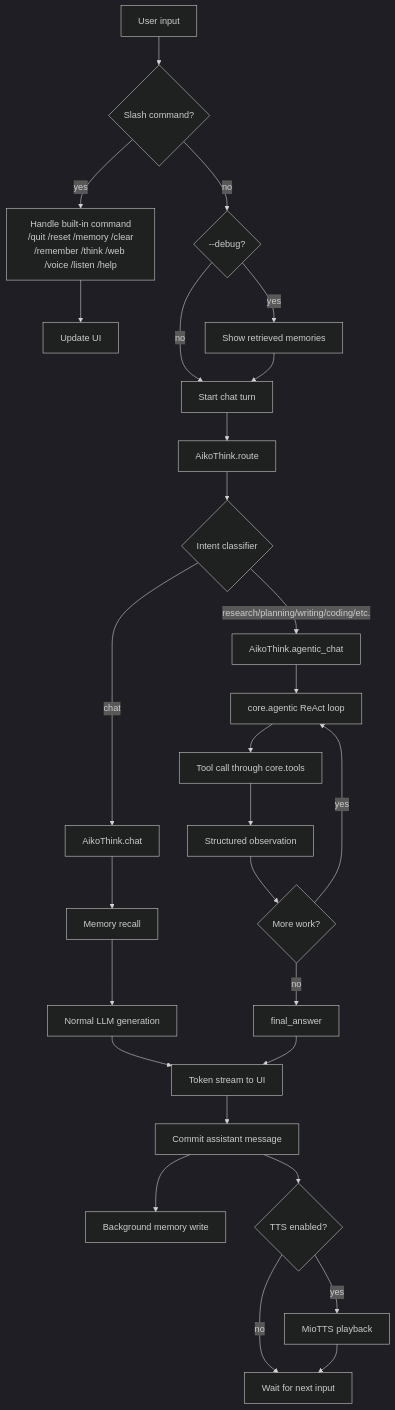
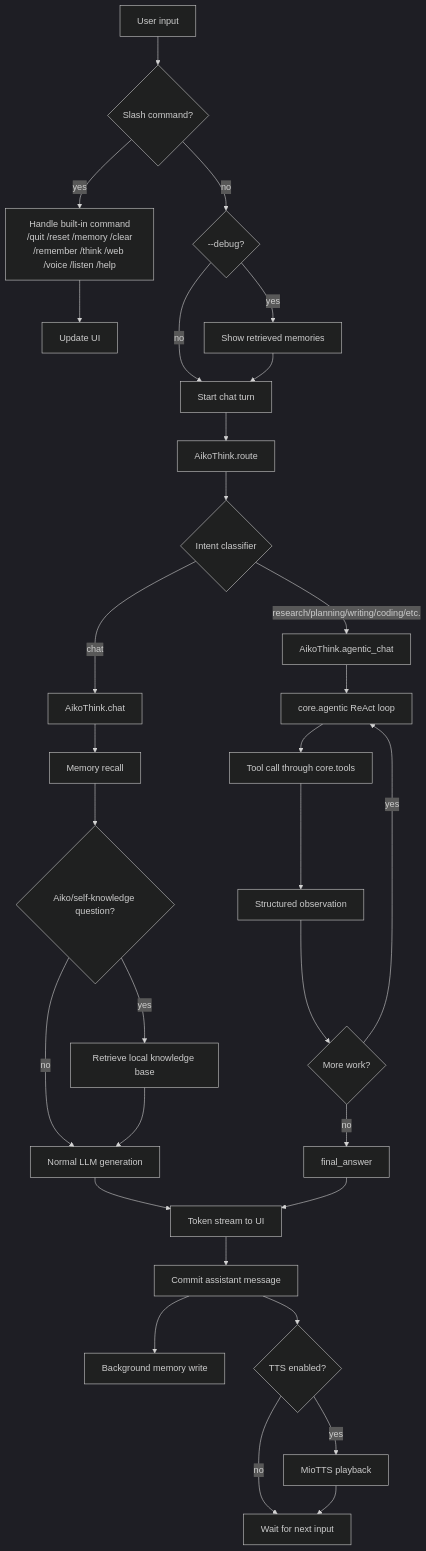
The fourth of 7 diagrams in docs/ARCHITECTURE.md (OppaAI/Aiko-chan), drawn with Mermaid (dark theme) before and after one commit. The commit also changed other lines of this file and 8 other files, not shown here.

````diff
--- a/docs/ARCHITECTURE.md
+++ b/docs/ARCHITECTURE.md
@@ -154,35 +154,38 @@
 ```mermaid
 flowchart TD
     Input[User input] --> Slash{Slash command?}
     Slash -->|yes| Command[Handle built-in command\n/quit /reset /memory /clear\n/remember /think /web /voice /listen /help]
     Command --> Draw[Update UI]
 
     Slash -->|no| Debug{--debug?}
     Debug -->|yes| ShowMem[Show retrieved memories]
     Debug -->|no| StartTurn[Start chat turn]
     ShowMem --> StartTurn
 
     StartTurn --> Route[AikoThink.route]
     Route --> Intent{Intent classifier}
     Intent -->|chat| Chat[AikoThink.chat]
     Intent -->|research/planning/writing/coding/etc.| Task[AikoThink.agentic_chat]
 
     Chat --> Recall[Memory recall]
-    Recall --> LLM[Normal LLM generation]
+    Recall --> LocalKB{Aiko/self-knowledge question?}
+    LocalKB -->|yes| ChatKB[Retrieve local knowledge base]
+    LocalKB -->|no| LLM[Normal LLM generation]
+    ChatKB --> LLM
     LLM --> Stream[Token stream to UI]
 
     Task --> AgentLoop[core.agentic ReAct loop]
     AgentLoop --> ToolCall[Tool call through core.tools]
     ToolCall --> Observation[Structured observation]
     Observation --> Continue{More work?}
     Continue -->|yes| AgentLoop
     Continue -->|no| Final[final_answer]
     Final --> Stream
 
     Stream --> Commit[Commit assistant message]
     Commit --> AsyncMem[Background memory write]
     Commit --> MaybeTTS{TTS enabled?}
     MaybeTTS -->|yes| Voice[MioTTS playback]
     MaybeTTS -->|no| Done[Wait for next input]
     Voice --> Done
 ```
````
